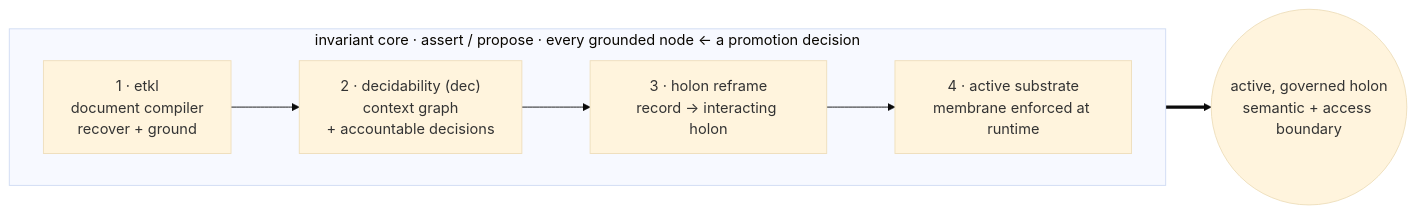
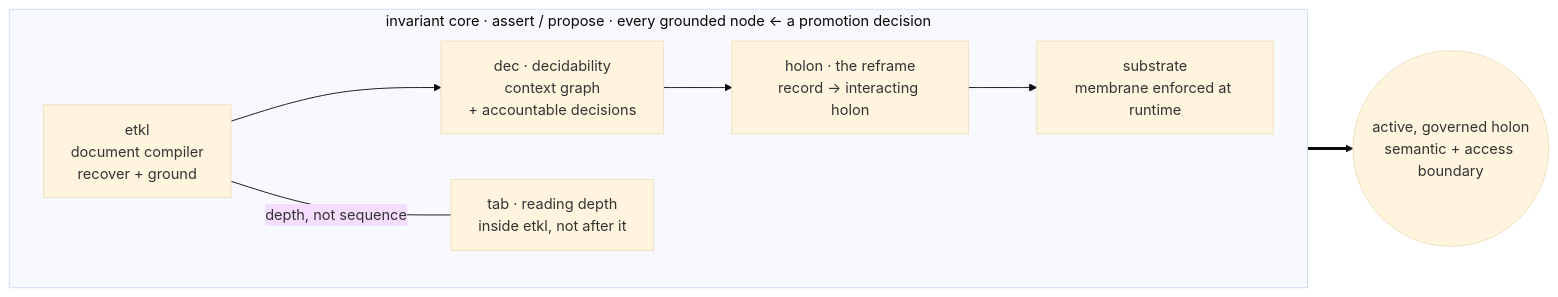
The diagram in docs/narrative/scope-evolution.md (iladub/iladub), drawn with Mermaid (base theme) before and after one commit. The commit also changed other lines of this file and 3 other files, not shown here.

````diff
--- a/docs/narrative/scope-evolution.md
+++ b/docs/narrative/scope-evolution.md
@@ -23,12 +29,14 @@
 ```mermaid
 flowchart LR
   subgraph CORE["invariant core · assert / propose · every grounded node ← a promotion decision"]
     direction LR
-    E["1 · etkl<br/>document compiler<br/>recover + ground"]
-    DEC["2 · decidability (dec)<br/>context graph<br/>+ accountable decisions"]
-    HOL["3 · holon reframe<br/>record → interacting holon"]
-    SUB["4 · active substrate<br/>membrane enforced at runtime"]
+    E["etkl<br/>document compiler<br/>recover + ground"]
+    DEC["dec · decidability<br/>context graph<br/>+ accountable decisions"]
+    HOL["holon · the reframe<br/>record → interacting holon"]
+    SUB["substrate<br/>membrane enforced at runtime"]
+    TAB["tab · reading depth<br/>inside etkl, not after it"]
     E --> DEC --> HOL --> SUB
+    E ---|"depth, not sequence"| TAB
   end
   SUB ==> OUT(("active, governed holon<br/>semantic + access boundary"))
 ```
````
